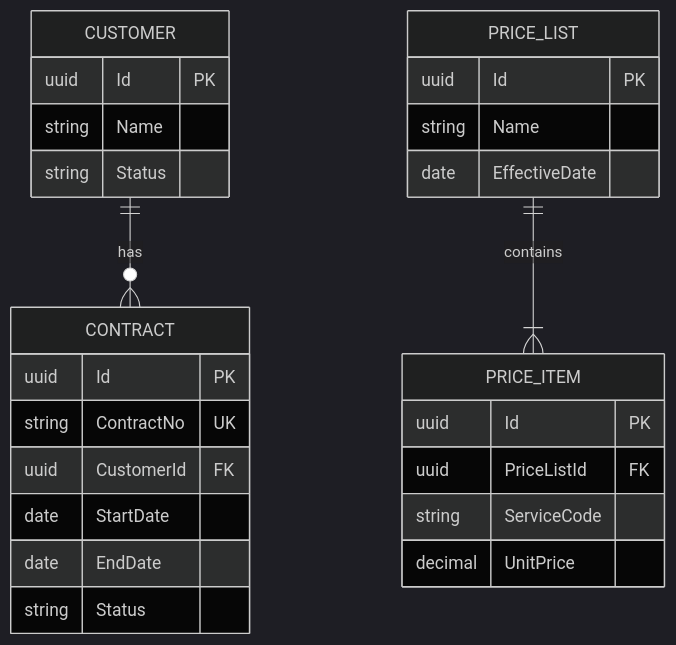
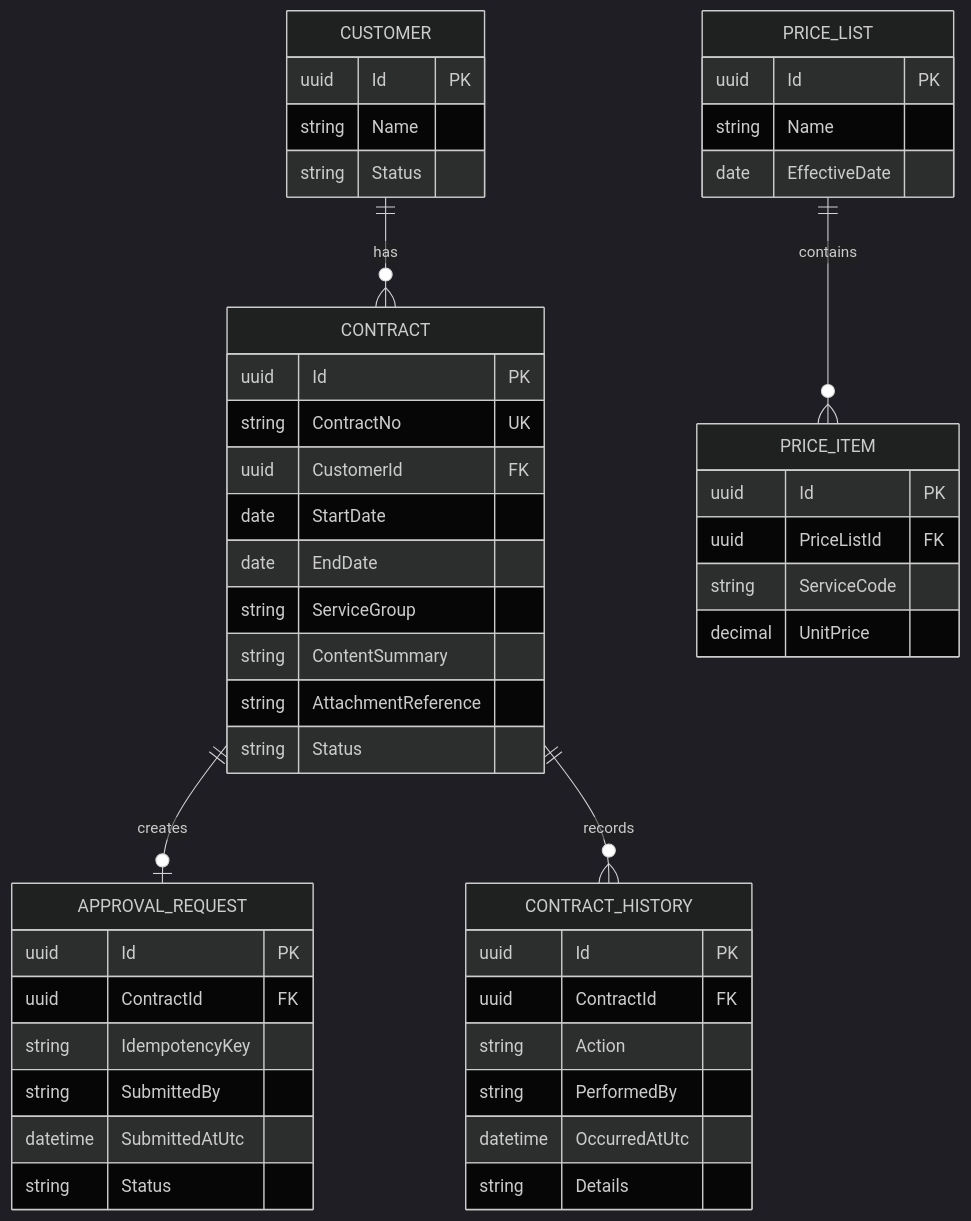
Before and after one commit to Daniel-Engineer-dev/business-management-system: the second of 2 diagrams in README.md, drawn with Mermaid (dark theme). The commit also changed other lines of this file, not shown here.

Commit message:
feat: Update README with detailed architecture and data flow diagrams for week 6

````diff
--- a/README.md
+++ b/README.md
@@ -19,29 +32,56 @@
 ```mermaid
 erDiagram
     CUSTOMER ||--o{ CONTRACT : has
-    PRICE_LIST ||--|{ PRICE_ITEM : contains
+    CONTRACT ||--o| APPROVAL_REQUEST : creates
+    CONTRACT ||--o{ CONTRACT_HISTORY : records
+    PRICE_LIST ||--o{ PRICE_ITEM : contains
+
     CUSTOMER {
         uuid Id PK
         string Name
         string Status
     }
+
     CONTRACT {
         uuid Id PK
         string ContractNo UK
         uuid CustomerId FK
         date StartDate
         date EndDate
+        string ServiceGroup
+        string ContentSummary
+        string AttachmentReference
         string Status
     }
+
+    APPROVAL_REQUEST {
+        uuid Id PK
+        uuid ContractId FK
+        string IdempotencyKey
+        string SubmittedBy
+        datetime SubmittedAtUtc
+        string Status
+    }
+
+    CONTRACT_HISTORY {
+        uuid Id PK
+        uuid ContractId FK
+        string Action
+        string PerformedBy
+        datetime OccurredAtUtc
+        string Details
+    }
+
     PRICE_LIST {
         uuid Id PK
         string Name
         date EffectiveDate
     }
+
     PRICE_ITEM {
         uuid Id PK
         uuid PriceListId FK
         string ServiceCode
         decimal UnitPrice
     }
 ```
````
